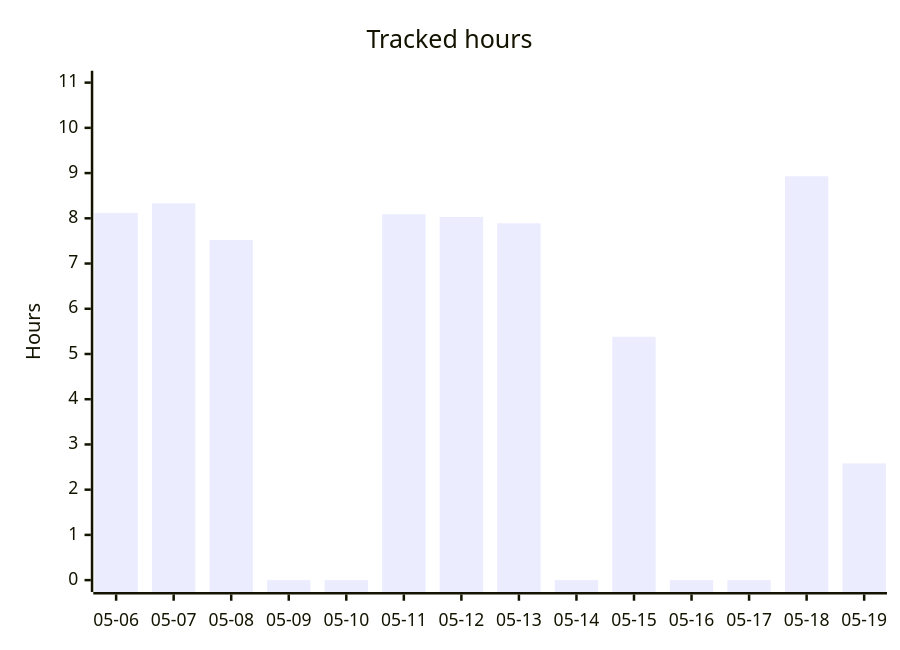
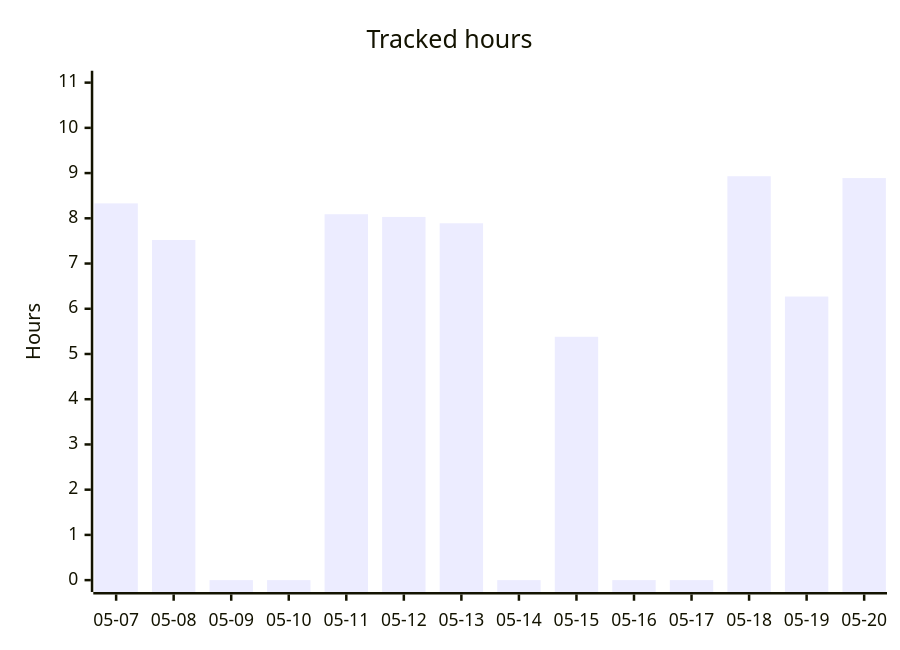
The second of 5 diagrams in README.org (albinforsberg-netizen/timeclock), drawn with Mermaid before and after one commit. The commit also changed other lines of this file, not shown here.

```diff
--- a/README.org
+++ b/README.org
@@ -88,7 +90,7 @@
 #+begin_src mermaid
 xychart-beta
     title "Tracked hours"
-    x-axis ["05-06", "05-07", "05-08", "05-09", "05-10", "05-11", "05-12", "05-13", "05-14", "05-15", "05-16", "05-17", "05-18", "05-19"]
+    x-axis ["05-07", "05-08", "05-09", "05-10", "05-11", "05-12", "05-13", "05-14", "05-15", "05-16", "05-17", "05-18", "05-19", "05-20"]
     y-axis "Hours" 0 --> 11
-    bar [8.12, 8.33, 7.52, 0.00, 0.00, 8.09, 8.03, 7.89, 0.00, 5.38, 0.00, 0.00, 8.93, 2.58]
+    bar [8.33, 7.52, 0.00, 0.00, 8.09, 8.03, 7.89, 0.00, 5.38, 0.00, 0.00, 8.93, 6.27, 8.89]
 #+end_src
```
